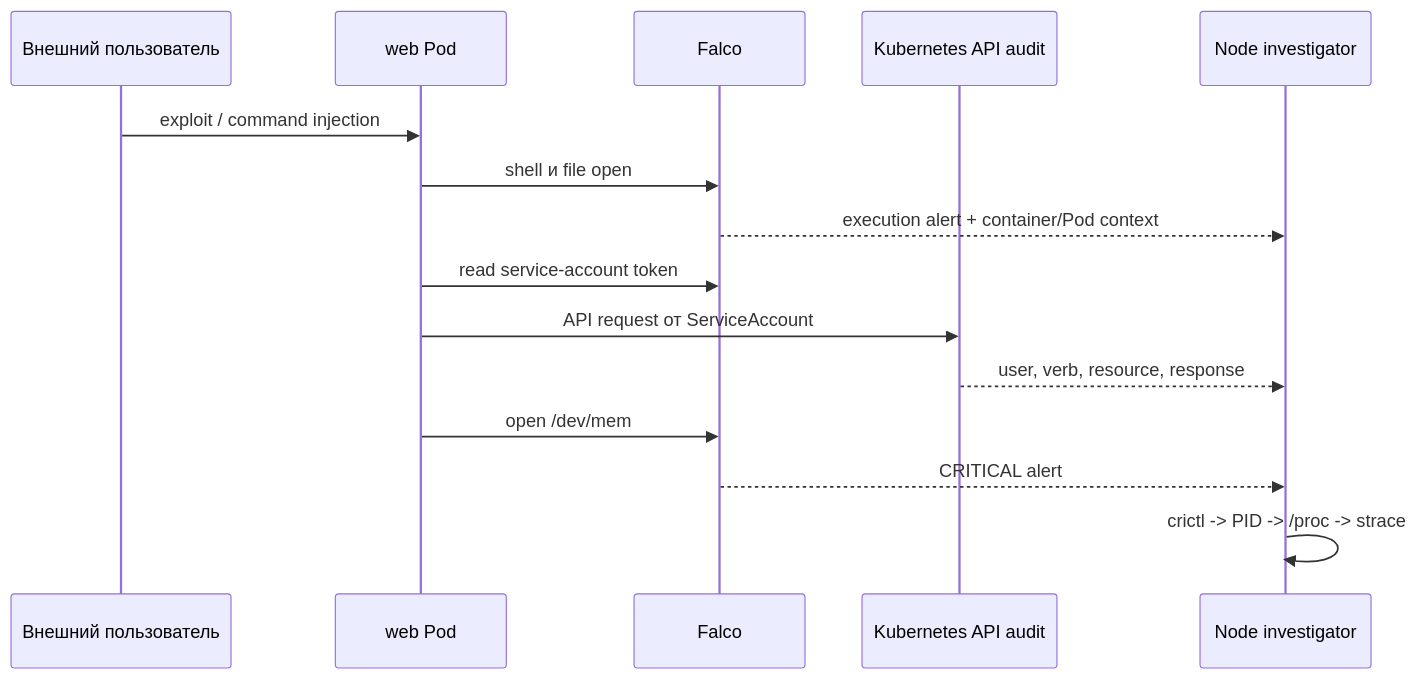
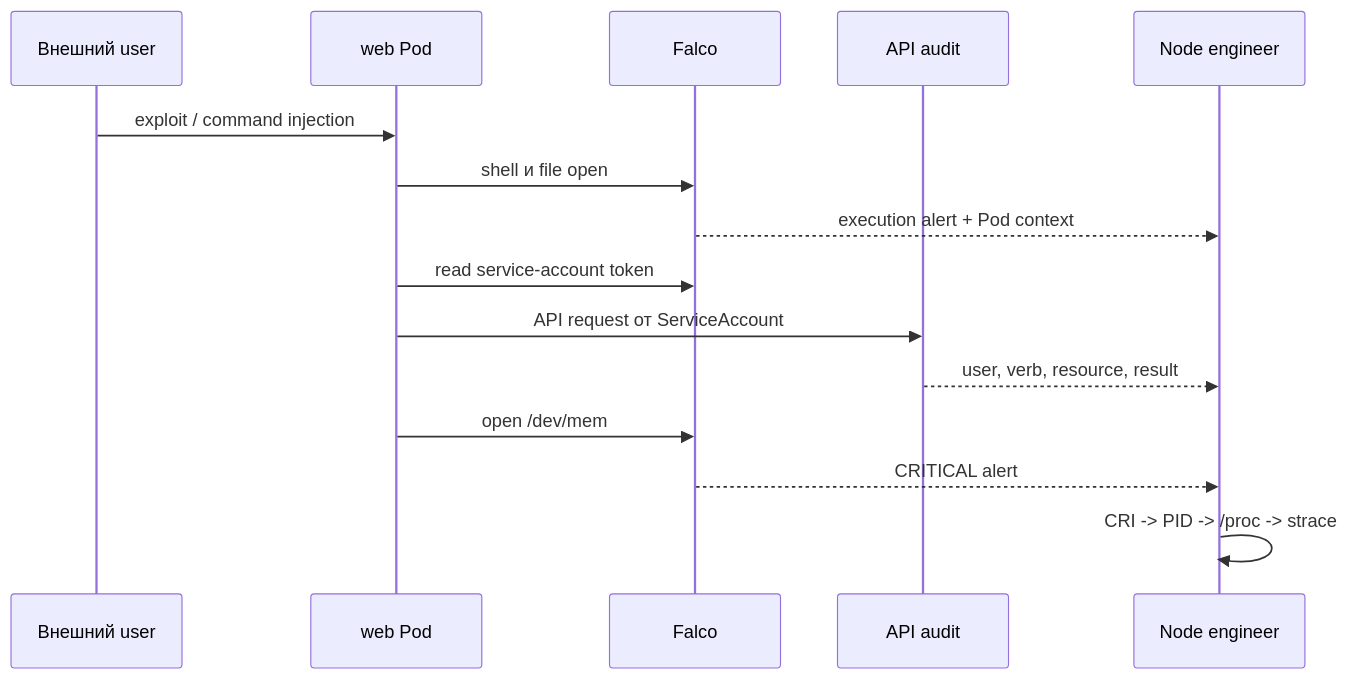
The second of 3 diagrams in tasks/cks/course/30/ru.md (ViktorUJ/cks), drawn with Mermaid before and after one commit. The commit also changed other lines of this file and 19 other files, not shown here.

````diff
--- a/tasks/cks/course/30/ru.md
+++ b/tasks/cks/course/30/ru.md
@@ -302,17 +303,17 @@
 ```mermaid
 sequenceDiagram
-    participant U as Внешний пользователь
+    participant U as Внешний user
     participant A as web Pod
     participant F as Falco
-    participant K as Kubernetes API audit
-    participant N as Node investigator
+    participant K as API audit
+    participant N as Node engineer
     U->>A: exploit / command injection
     A->>F: shell и file open
-    F-->>N: execution alert + container/Pod context
+    F-->>N: execution alert + Pod context
     A->>F: read service-account token
     A->>K: API request от ServiceAccount
-    K-->>N: user, verb, resource, response
+    K-->>N: user, verb, resource, result
     A->>F: open /dev/mem
     F-->>N: CRITICAL alert
-    N->>N: crictl -> PID -> /proc -> strace
+    N->>N: CRI -> PID -> /proc -> strace
 ```
````
